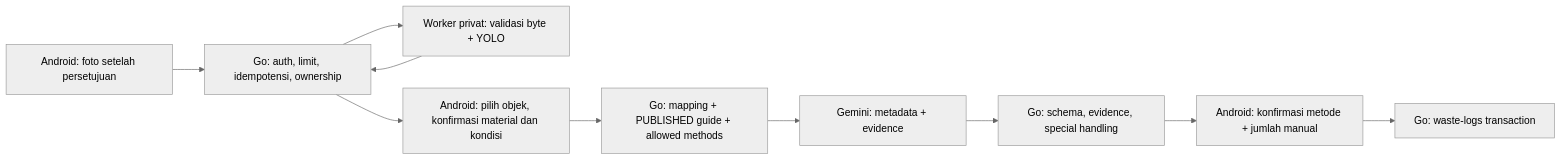
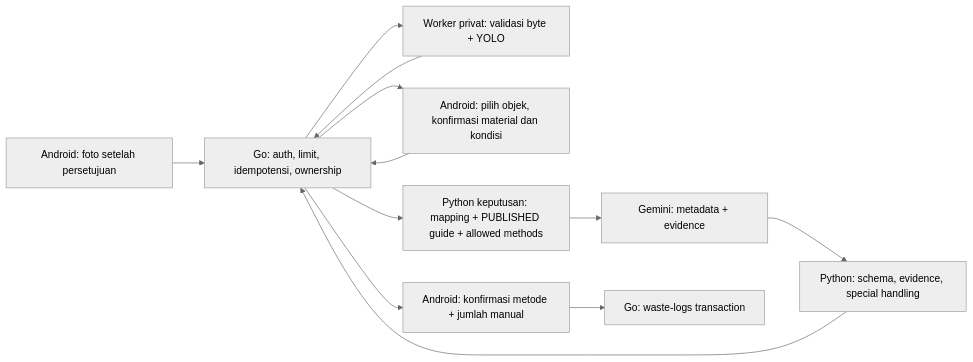
One commit to waste-not-app/waste-not-ai changed the diagram in docs/HANDOFF.md. Above: the diagram before and after it, drawn with Mermaid (neutral theme). The commit also changed other lines of this file and 140 other files, not shown here.

````diff
--- a/docs/HANDOFF.md
+++ b/docs/HANDOFF.md
@@ -7,12 +9,14 @@
 ```mermaid
 flowchart LR
     A[Android: foto setelah persetujuan] --> G[Go: auth, limit, idempotensi, ownership]
     G --> Y[Worker privat: validasi byte + YOLO]
     Y --> G
     G --> C[Android: pilih objek, konfirmasi material dan kondisi]
-    C --> R[Go: mapping + PUBLISHED guide + allowed methods]
+    C --> G
+    G --> R[Python keputusan: mapping + PUBLISHED guide + allowed methods]
     R --> L[Gemini: metadata + evidence]
-    L --> V[Go: schema, evidence, special handling]
-    V --> U[Android: konfirmasi metode + jumlah manual]
+    L --> V[Python: schema, evidence, special handling]
+    V --> G
+    G --> U[Android: konfirmasi metode + jumlah manual]
     U --> W[Go: waste-logs transaction]
 ```
````
